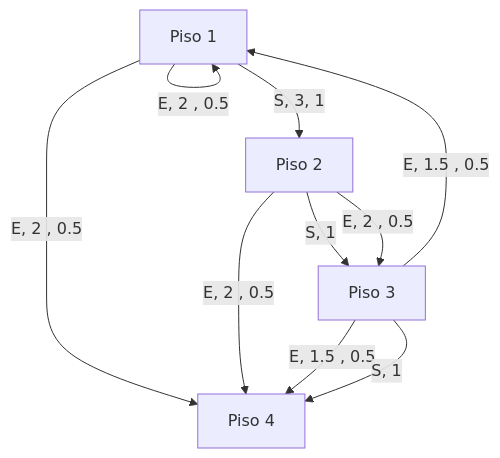
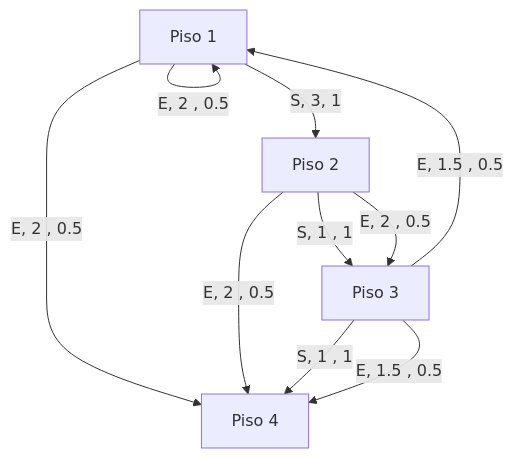
Before and after one commit to BRJoaquin/ia-obsidian: the first of 2 diagrams in Agentes inteligentes/Practico/MDP y Programación dinámica/Escaleras mágicas.md, drawn with Mermaid.

Commit message:
vault backup: 2023-04-09 20:53:48

````diff
--- a/Agentes inteligentes/Practico/MDP y Programación dinámica/Escaleras mágicas.md
+++ b/Agentes inteligentes/Practico/MDP y Programación dinámica/Escaleras mágicas.md
@@ -4,12 +4,12 @@
 ```mermaid
 graph TD
     A[Piso 1] -->|S, 3, 1| B[Piso 2]
     A -->|E, 2 , 0.5| A
     A -->|E, 2 , 0.5| D[Piso 4]
-    B -->|S, 1 | C[Piso 3]
+    B -->|S, 1 , 1| C[Piso 3]
     B -->|E, 2 , 0.5| C
     B -->|E, 2 , 0.5| D
+    C -->|S, 1 , 1| D
     C -->|E, 1.5 , 0.5| A
     C -->|E, 1.5 , 0.5| D
-    C -->|S, 1 | D
 ```
````
